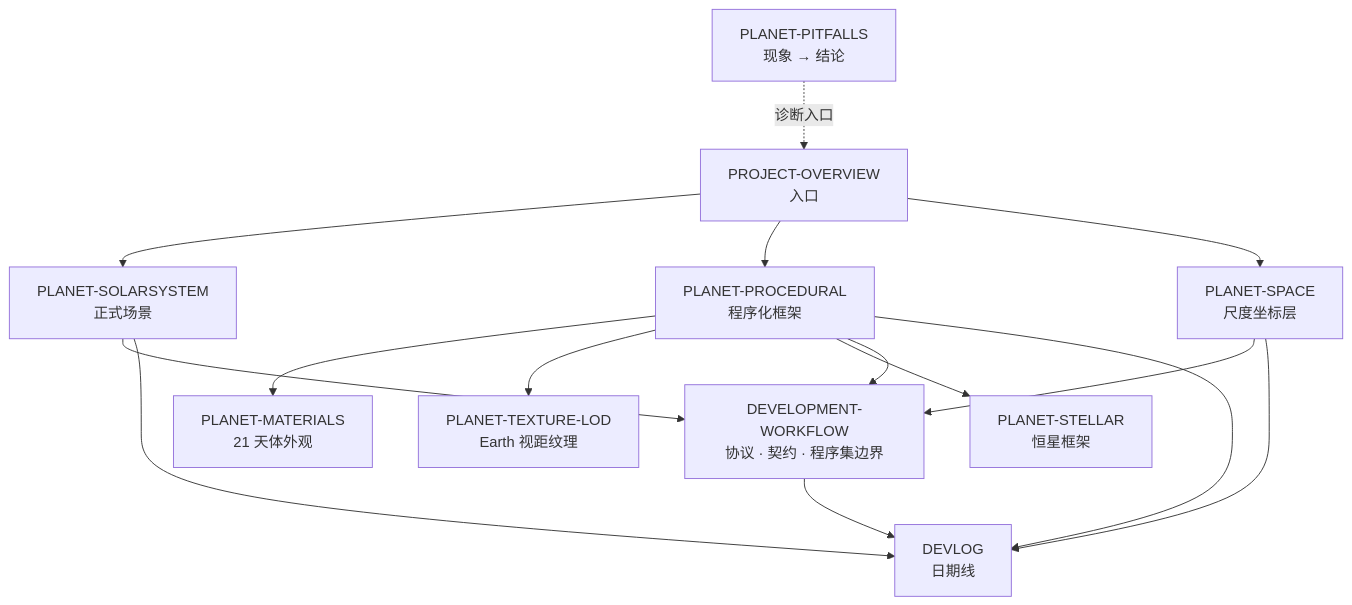
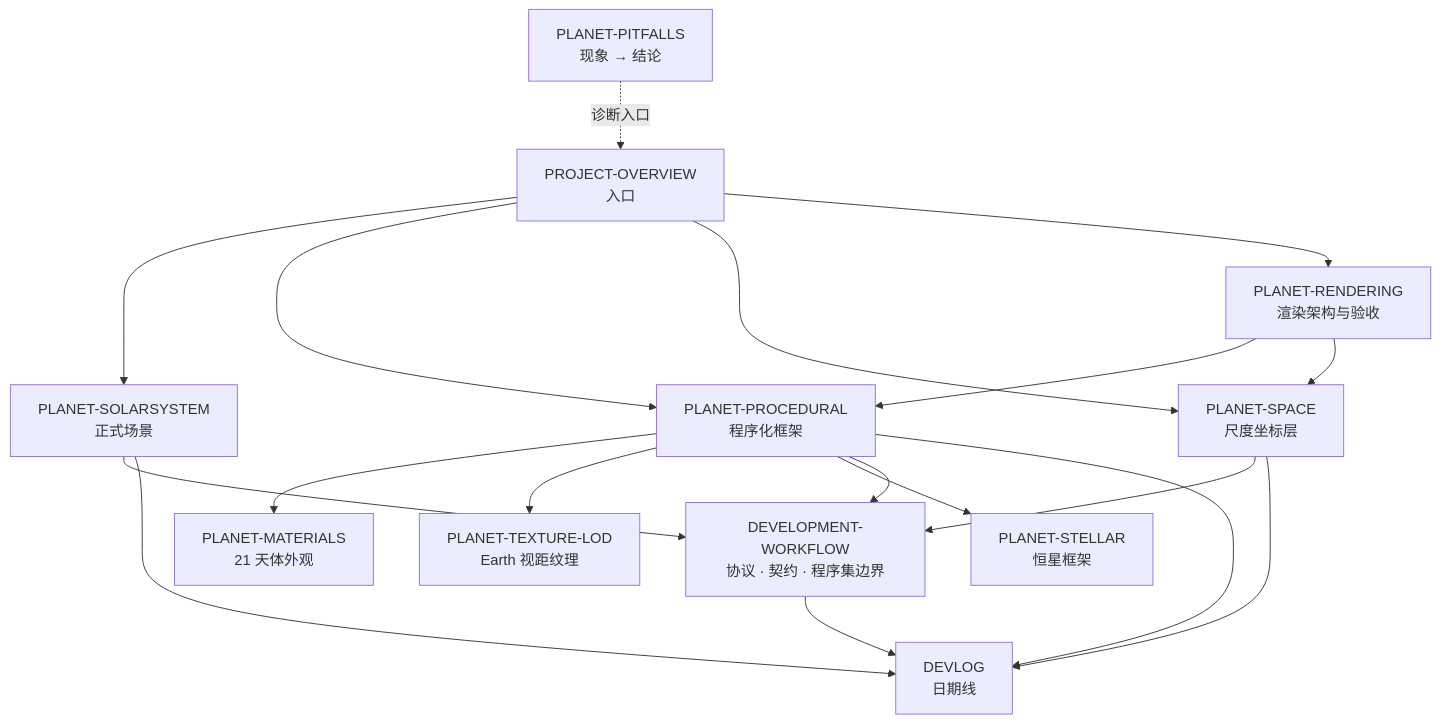
One commit to niurunze947-lab/Planet changed the diagram in DOCS.md. Above: the diagram before and after it, drawn with Mermaid. The commit also changed other lines of this file and 32 other files, not shown here.

````diff
--- a/DOCS.md
+++ b/DOCS.md
@@ -43,23 +43,26 @@
 ```mermaid
 graph TD
     O["PROJECT-OVERVIEW<br/>入口"]
     W["DEVELOPMENT-WORKFLOW<br/>协议 · 契约 · 程序集边界"]
     H["DEVLOG<br/>日期线"]
     F["PLANET-PITFALLS<br/>现象 → 结论"]
 
     O --> S["PLANET-SOLARSYSTEM<br/>正式场景"]
     O --> P["PLANET-PROCEDURAL<br/>程序化框架"]
     O --> C["PLANET-SPACE<br/>尺度坐标层"]
+    O --> R["PLANET-RENDERING<br/>渲染架构与验收"]
+    R --> P
+    R --> C
     P --> M["PLANET-MATERIALS<br/>21 天体外观"]
     P --> T["PLANET-TEXTURE-LOD<br/>Earth 视距纹理"]
     P --> L2["PLANET-STELLAR<br/>恒星框架"]
     S --> W
     P --> W
     C --> W
 
     W --> H
     S --> H
     P --> H
     C --> H
     F -.诊断入口.-> O
 ```
````
